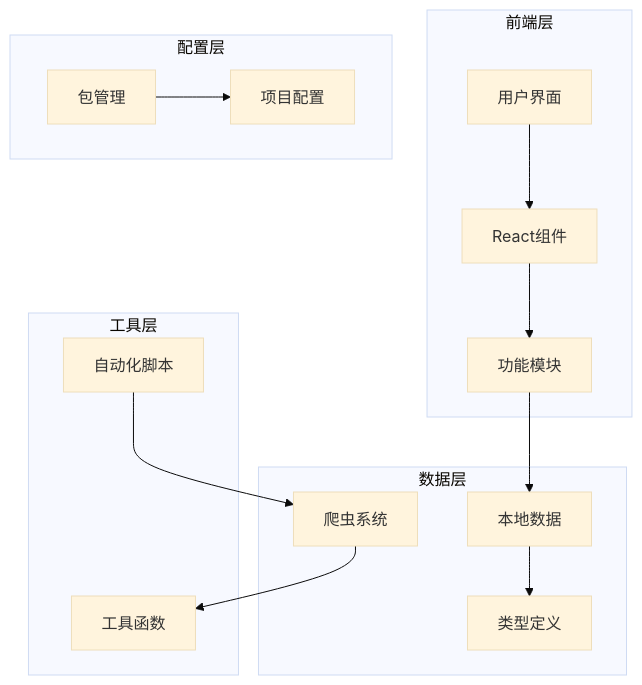
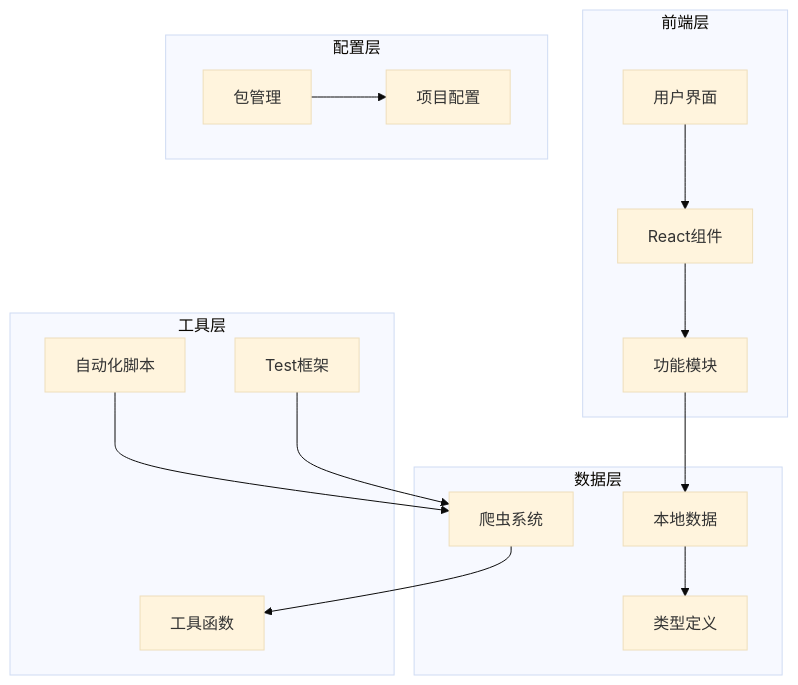
Before and after one commit to liangxuanliang-cmd/carbon-info-agent: the first of 16 diagrams in .qoder/repowiki/zh/content/数据管理/新闻数据管理/增强的新闻数据管理.md, drawn with Mermaid (base theme). The commit also changed other lines of this file and 5 other files, not shown here.

````diff
--- a/.qoder/repowiki/zh/content/数据管理/新闻数据管理/增强的新闻数据管理.md
+++ b/.qoder/repowiki/zh/content/数据管理/新闻数据管理/增强的新闻数据管理.md
@@ -46,28 +65,30 @@
 ```mermaid
 graph TB
 subgraph "前端层"
 UI[用户界面]
 Components[React组件]
 Sections[功能模块]
 end
 subgraph "数据层"
 Types[类型定义]
 Data[本地数据]
 Crawler[爬虫系统]
 end
 subgraph "工具层"
 Utils[工具函数]
 Scripts[自动化脚本]
+Test[Test框架]
 end
 subgraph "配置层"
 Config[项目配置]
 Package[包管理]
 end
 UI --> Components
 Components --> Sections
 Sections --> Data
 Data --> Types
 Crawler --> Utils
 Scripts --> Crawler
+Test --> Crawler
 Package --> Config
 ```
````
